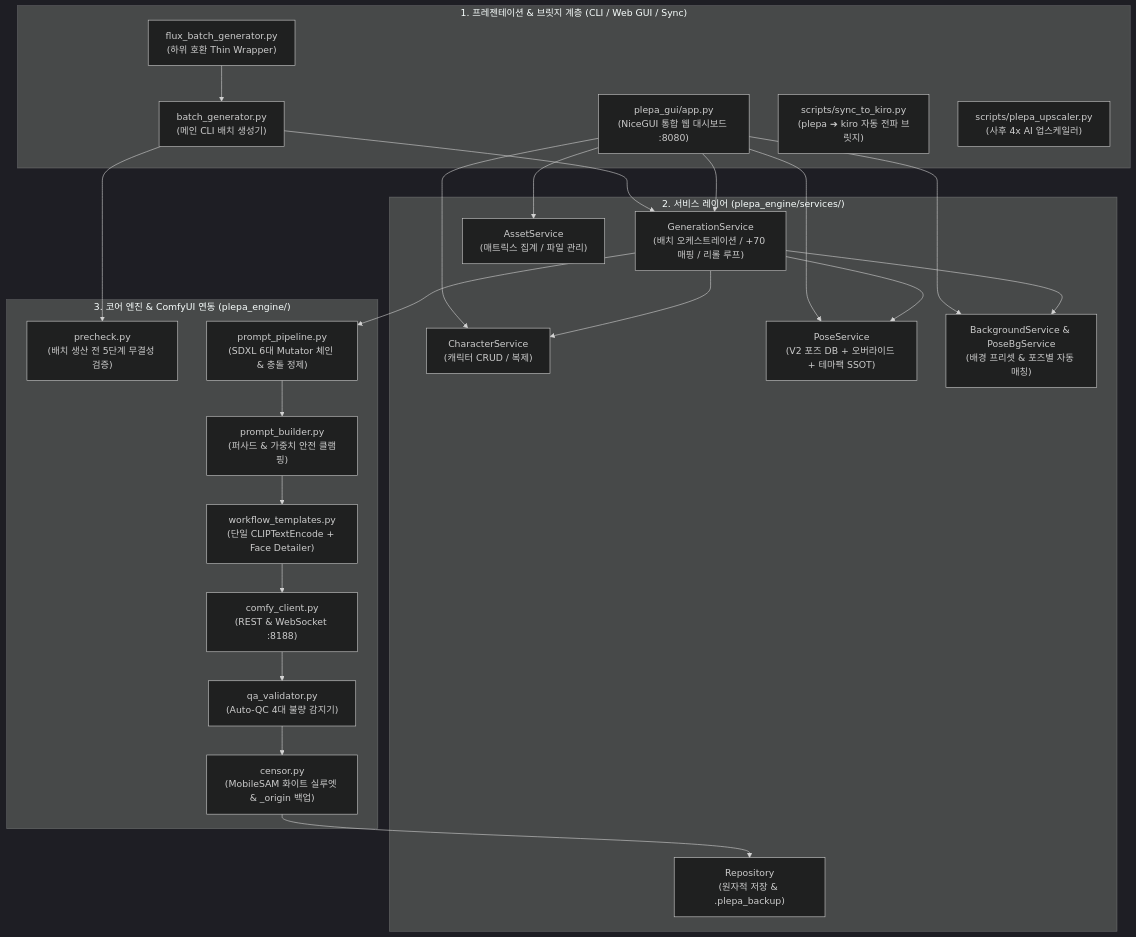
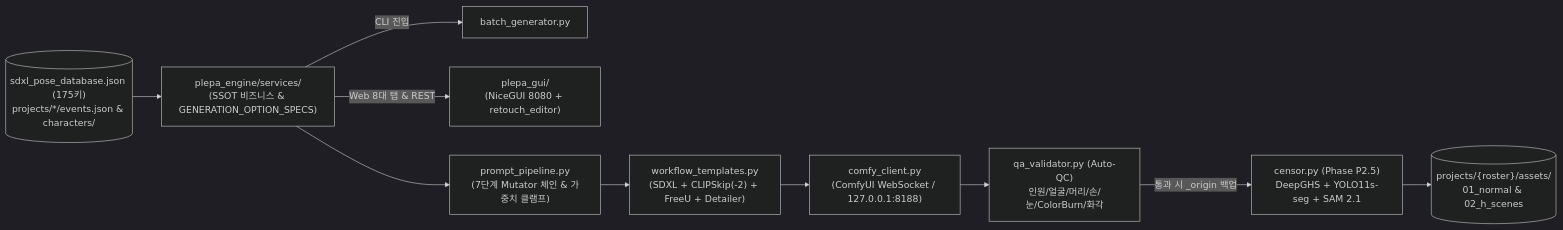
One commit to LeeKyunHo/plepa changed the diagram in docs/플에파_기능명세.md. Above: the diagram before and after it, drawn with Mermaid (dark theme). The commit also changed other lines of this file and 11 other files, not shown here.

````diff
--- a/docs/플에파_기능명세.md
+++ b/docs/플에파_기능명세.md
@@ -17,36 +9,12 @@
 ```mermaid
-flowchart TD
-    subgraph UI["1. 프레젠테이션 & 브릿지 계층 (CLI / Web GUI / Sync)"]
-        CLI["batch_generator.py\n(메인 CLI 배치 생성기)"]
-        ThinCLI["flux_batch_generator.py\n(하위 호환 Thin Wrapper)"]
-        WebGUI["plepa_gui/app.py\n(NiceGUI 통합 웹 대시보드 :8080)"]
-        KiroSync["scripts/sync_to_kiro.py\n(plepa ➔ kiro 자동 전파 브릿지)"]
-        UpscaleCLI["scripts/plepa_upscaler.py\n(사후 4x AI 업스케일러)"]
-    end
-
-    subgraph SVC["2. 서비스 레이어 (plepa_engine/services/)"]
-        GenSvc["GenerationService\n(배치 오케스트레이션 / +70 매핑 / 리롤 루프)"]
-        CharSvc["CharacterService\n(캐릭터 CRUD / 복제)"]
-        PoseSvc["PoseService\n(V2 포즈 DB + 오버라이드 + 테마팩 SSOT)"]
-        BgSvc["BackgroundService & PoseBgService\n(배경 프리셋 & 포즈별 자동 매칭)"]
-        AssetSvc["AssetService\n(매트릭스 집계 / 파일 관리)"]
-        Repo["Repository\n(원자적 저장 & .plepa_backup)"]
-    end
-
-    subgraph CORE["3. 코어 엔진 & ComfyUI 연동 (plepa_engine/)"]
-        Precheck["precheck.py\n(배치 생산 전 5단계 무결성 검증)"]
-        Pipeline["prompt_pipeline.py\n(SDXL 6대 Mutator 체인 & 충돌 정제)"]
-        PromptBuilder["prompt_builder.py\n(퍼사드 & 가중치 안전 클램핑)"]
-        WfTemplates["workflow_templates.py\n(단일 CLIPTextEncode + Face Detailer)"]
-        ComfyClient["comfy_client.py\n(REST & WebSocket :8188)"]
-        QAValidator["qa_validator.py\n(Auto-QC 4대 불량 감지기)"]
-        Censor["censor.py\n(MobileSAM 화이트 실루엣 & _origin 백업)"]
-    end
-
-    ThinCLI --> CLI
-    CLI --> GenSvc & Precheck
-    WebGUI --> GenSvc & CharSvc & PoseSvc & BgSvc & AssetSvc
-    GenSvc --> CharSvc & PoseSvc & BgSvc
-    GenSvc --> Pipeline --> PromptBuilder --> WfTemplates --> ComfyClient
-    ComfyClient --> QAValidator --> Censor --> Repo
+flowchart LR
+    DB[("sdxl_pose_database.json (175키)\nprojects/*/events.json & characters/")] --> Services["plepa_engine/services/\n(SSOT 비즈니스 & GENERATION_OPTION_SPECS)"]
+    Services -->|"CLI 진입"| CLI["batch_generator.py"]
+    Services -->|"Web 8대 탭 & REST"| GUI["plepa_gui/\n(NiceGUI 8080 + retouch_editor)"]
+    Services --> Pipeline["prompt_pipeline.py\n(7단계 Mutator 체인 & 가중치 클램프)"]
+    Pipeline --> WF["workflow_templates.py\n(SDXL + CLIPSkip(-2) + FreeU + Detailer)"]
+    WF --> Comfy["comfy_client.py\n(ComfyUI WebSocket / 127.0.0.1:8188)"]
+    Comfy --> QC["qa_validator.py (Auto-QC)\n인원/얼굴/머리/손/눈/ColorBurn/화각"]
+    QC -->|"통과 시 _origin 백업"| Censor["censor.py (Phase P2.5)\nDeepGHS + YOLO11s-seg + SAM 2.1"]
+    Censor --> Assets[("projects/{roster}/assets/\n01_normal & 02_h_scenes")]
 ```
````
